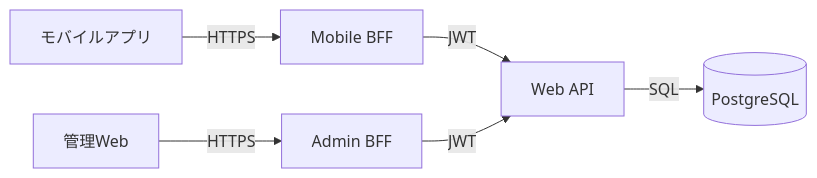
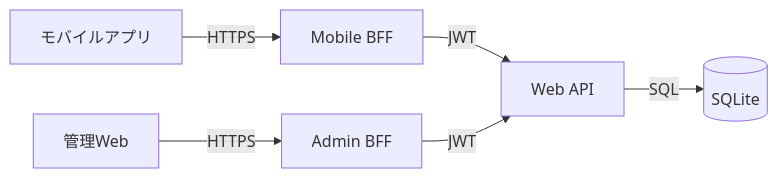
The diagram in docs/specs/mobile-app-system/05-05-bff-api.md (Takas0522/ws-demo-mobile-app), drawn with Mermaid before and after one commit. The commit also changed 42 other files, not shown here.

First line of the commit message:
docs: update all PostgreSQL references to SQLite

````diff
--- a/docs/specs/mobile-app-system/05-05-bff-api.md
+++ b/docs/specs/mobile-app-system/05-05-bff-api.md
@@ -33,8 +33,8 @@
 ```mermaid
 graph LR
     Mobile[モバイルアプリ] -->|HTTPS| MobileBFF[Mobile BFF]
     AdminWeb[管理Web] -->|HTTPS| AdminBFF[Admin BFF]
     MobileBFF -->|JWT| WebAPI[Web API]
     AdminBFF -->|JWT| WebAPI
-    WebAPI -->|SQL| DB[(PostgreSQL)]
+    WebAPI -->|SQL| DB[(SQLite)]
 ```
````
